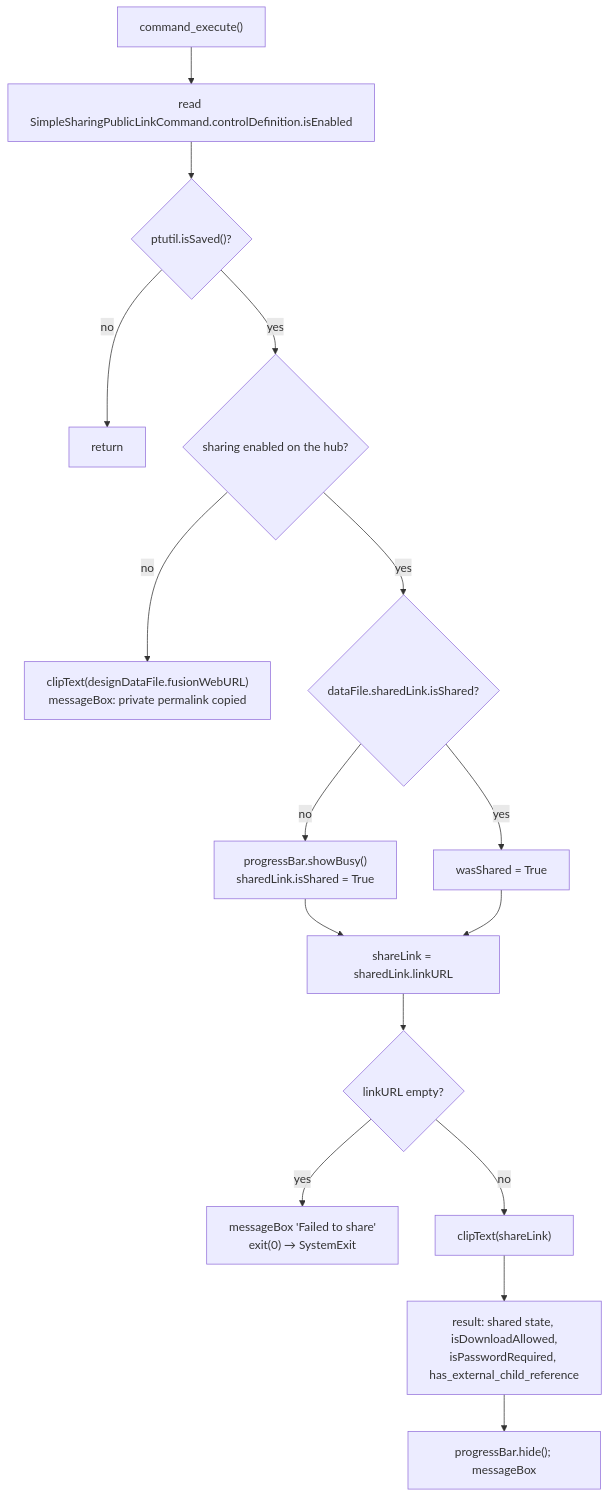
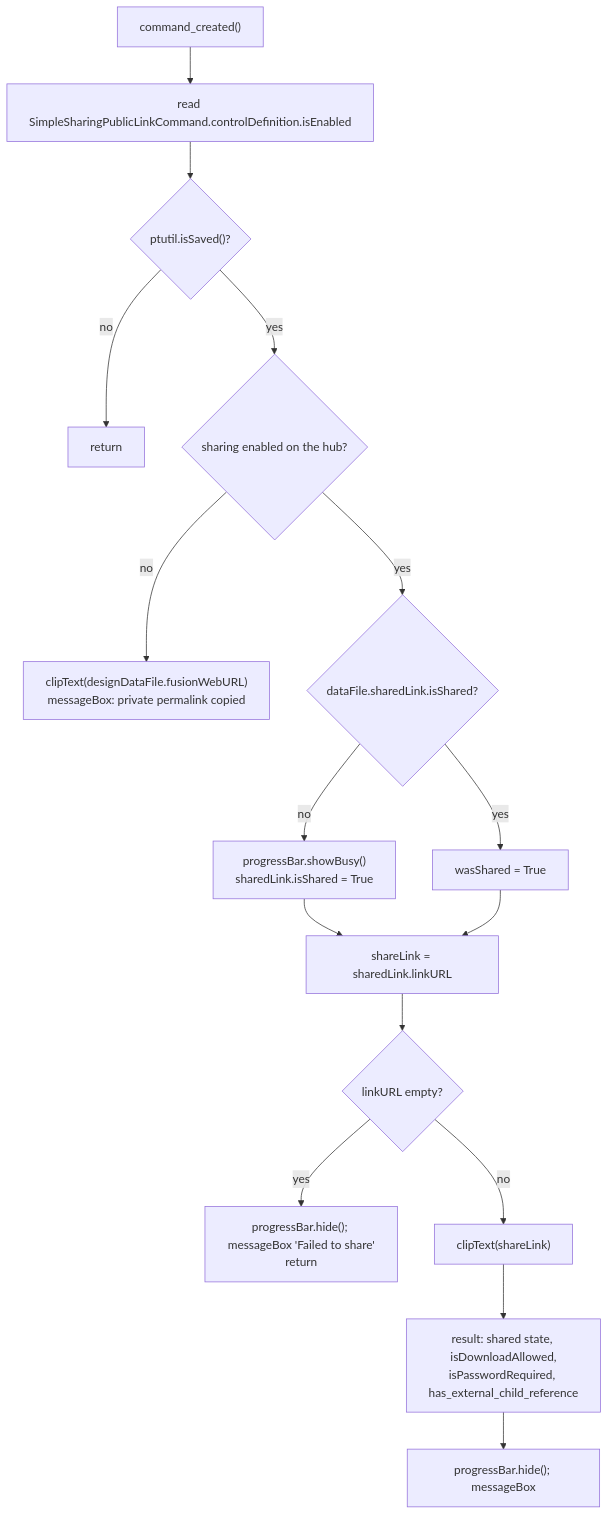
The diagram in docs/arch/Get a Share Link.md (schneik80/PowerTools), drawn with Mermaid before and after one commit. The commit also changed other lines of this file and 18 other files, not shown here.

````diff
--- a/docs/arch/Get a Share Link.md
+++ b/docs/arch/Get a Share Link.md
@@ -41,18 +41,18 @@
 ```mermaid
 flowchart TD
-    A["command_execute()"] --> B["read SimpleSharingPublicLinkCommand.controlDefinition.isEnabled"]
+    A["command_created()"] --> B["read SimpleSharingPublicLinkCommand.controlDefinition.isEnabled"]
     B --> C{"ptutil.isSaved()?"}
     C -- no --> X1["return"]
     C -- yes --> D{"sharing enabled on the hub?"}
     D -- no --> E["clipText(designDataFile.fusionWebURL)<br/>messageBox: private permalink copied"]
     D -- yes --> F{"dataFile.sharedLink.isShared?"}
     F -- no --> G["progressBar.showBusy()<br/>sharedLink.isShared = True"]
     F -- yes --> H["wasShared = True"]
     G --> I["shareLink = sharedLink.linkURL"]
     H --> I
     I --> J{"linkURL empty?"}
-    J -- yes --> K["messageBox 'Failed to share'<br/>exit(0) → SystemExit"]
+    J -- yes --> K["progressBar.hide(); messageBox 'Failed to share'<br/>return"]
     J -- no --> L["clipText(shareLink)"]
     L --> M["result: shared state, isDownloadAllowed,<br/>isPasswordRequired, has_external_child_reference"]
     M --> N["progressBar.hide(); messageBox"]
 ```
````
